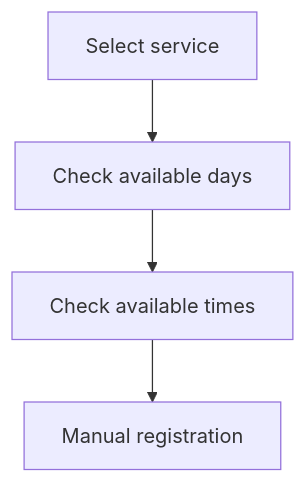
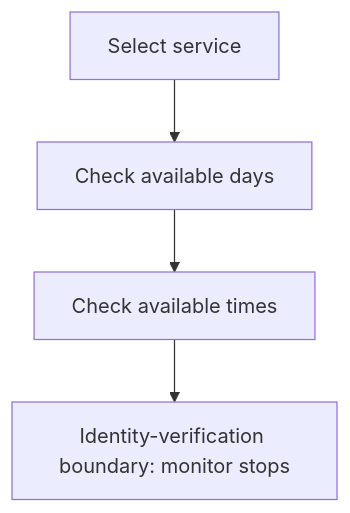
Before and after one commit to DorianGray-web/UA-Passport-Slot-Monitor: the diagram in research/dp-document/queue-workflow.md, drawn with Mermaid. The commit also changed other lines of this file and 28 other files, not shown here.

````diff
--- a/research/dp-document/queue-workflow.md
+++ b/research/dp-document/queue-workflow.md
@@ -39,6 +48,6 @@
 ```mermaid
 flowchart TD
     S["Select service"] --> D["Check available days"]
     D --> T["Check available times"]
-    T --> R["Manual registration"]
+    T --> I["Identity-verification boundary: monitor stops"]
 ```
````
